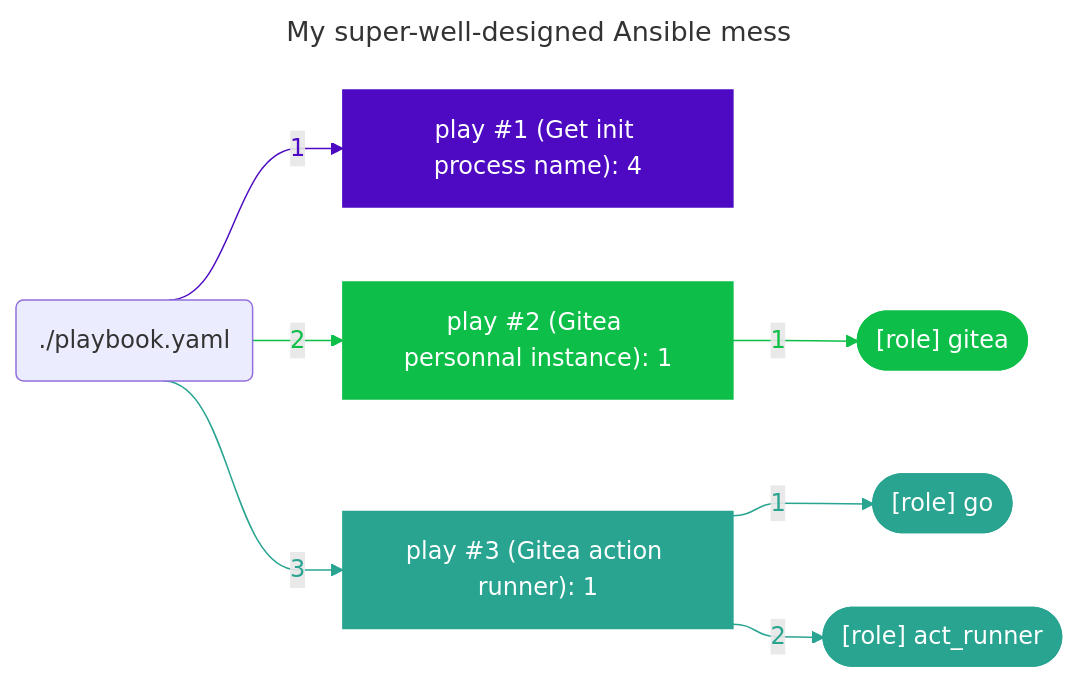
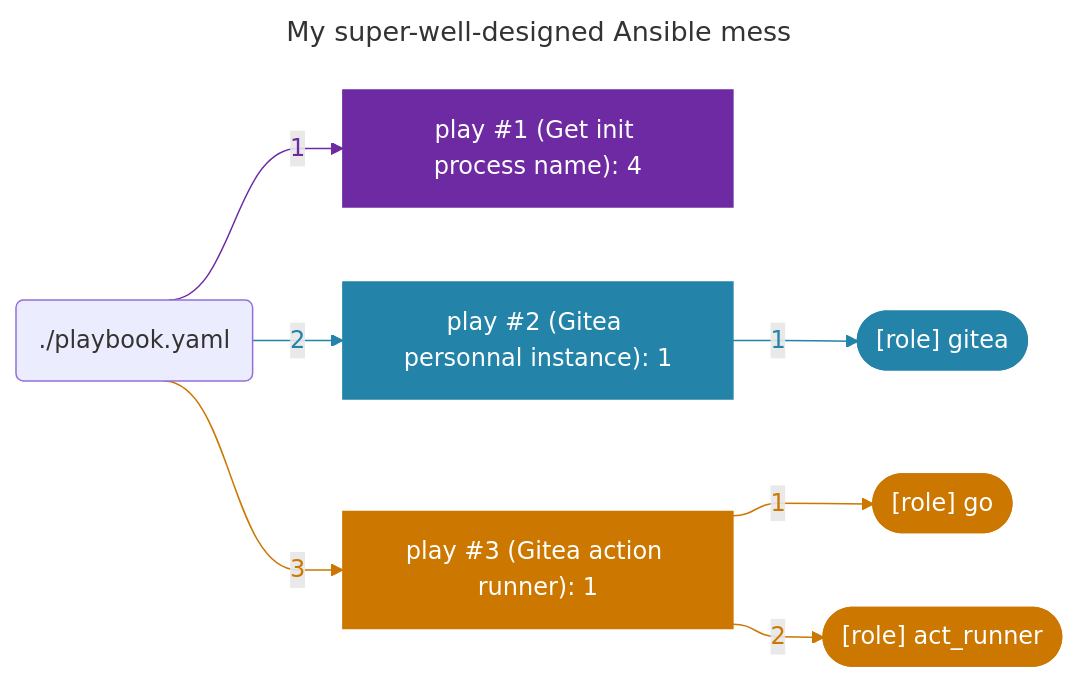
One commit to boyreau/boyreau changed the diagram in README.md. Above: the diagram before and after it, drawn with Mermaid.

Commit message:
profile graph automatic update

````diff
--- a/README.md
+++ b/README.md
@@ -48,47 +48,47 @@
 ```mermaid
 ---
 title: "My super-well-designed Ansible mess"
 ---
 %%{ init: { "flowchart": { "curve": "bumpX" } } }%%
 flowchart LR
 	%% Start of the playbook './playbook.yaml'
-	playbook_70147e72("./playbook.yaml")
+	playbook_9fd6921e("./playbook.yaml")
 		%% Start of the play 'play #1 (Get init process name): 4'
-		play_82de7cd2["play #1 (Get init process name): 4"]
-		style play_82de7cd2 stroke:#4d0ac2,fill:#4d0ac2,color:#ffffff
-		playbook_70147e72 --> |"1"| play_82de7cd2
-		linkStyle 0 stroke:#4d0ac2,color:#4d0ac2
+		play_43e08b53["play #1 (Get init process name): 4"]
+		style play_43e08b53 stroke:#6e2aa2,fill:#6e2aa2,color:#ffffff
+		playbook_9fd6921e --> |"1"| play_43e08b53
+		linkStyle 0 stroke:#6e2aa2,color:#6e2aa2
 		%% End of the play 'play #1 (Get init process name): 4'
 		%% Start of the play 'play #2 (Gitea personnal instance): 1'
-		play_9cdacf44["play #2 (Gitea personnal instance): 1"]
-		style play_9cdacf44 stroke:#0dbf48,fill:#0dbf48,color:#ffffff
-		playbook_70147e72 --> |"2"| play_9cdacf44
-		linkStyle 1 stroke:#0dbf48,color:#0dbf48
+		play_6d4593f7["play #2 (Gitea personnal instance): 1"]
+		style play_6d4593f7 stroke:#2483a8,fill:#2483a8,color:#ffffff
+		playbook_9fd6921e --> |"2"| play_6d4593f7
+		linkStyle 1 stroke:#2483a8,color:#2483a8
 			%% Start of the role '[role] gitea'
-			play_9cdacf44 --> |"1 "| role_4a367069
-			linkStyle 2 stroke:#0dbf48,color:#0dbf48
-			role_4a367069(["[role] gitea"])
-			style role_4a367069 fill:#0dbf48,color:#ffffff,stroke:#0dbf48
+			play_6d4593f7 --> |"1 "| role_552bcdb0
+			linkStyle 2 stroke:#2483a8,color:#2483a8
+			role_552bcdb0(["[role] gitea"])
+			style role_552bcdb0 fill:#2483a8,color:#ffffff,stroke:#2483a8
 			%% End of the role '[role] gitea'
 		%% End of the play 'play #2 (Gitea personnal instance): 1'
 		%% Start of the play 'play #3 (Gitea action runner): 1'
-		play_91baa20f["play #3 (Gitea action runner): 1"]
-		style play_91baa20f stroke:#28a491,fill:#28a491,color:#ffffff
-		playbook_70147e72 --> |"3"| play_91baa20f
-		linkStyle 3 stroke:#28a491,color:#28a491
+		play_a615e5ae["play #3 (Gitea action runner): 1"]
+		style play_a615e5ae stroke:#cc7700,fill:#cc7700,color:#ffffff
+		playbook_9fd6921e --> |"3"| play_a615e5ae
+		linkStyle 3 stroke:#cc7700,color:#cc7700
 			%% Start of the role '[role] go'
-			play_91baa20f --> |"1 "| role_bff3c292
-			linkStyle 4 stroke:#28a491,color:#28a491
-			role_bff3c292(["[role] go"])
-			style role_bff3c292 fill:#28a491,color:#ffffff,stroke:#28a491
+			play_a615e5ae --> |"1 "| role_466a7b4d
+			linkStyle 4 stroke:#cc7700,color:#cc7700
+			role_466a7b4d(["[role] go"])
+			style role_466a7b4d fill:#cc7700,color:#ffffff,stroke:#cc7700
 			%% End of the role '[role] go'
 			%% Start of the role '[role] act_runner'
-			play_91baa20f --> |"2 "| role_dc8db591
-			linkStyle 5 stroke:#28a491,color:#28a491
-			role_dc8db591(["[role] act_runner"])
-			style role_dc8db591 fill:#28a491,color:#ffffff,stroke:#28a491
+			play_a615e5ae --> |"2 "| role_8f6f9f57
+			linkStyle 5 stroke:#cc7700,color:#cc7700
+			role_8f6f9f57(["[role] act_runner"])
+			style role_8f6f9f57 fill:#cc7700,color:#ffffff,stroke:#cc7700
 			%% End of the role '[role] act_runner'
 		%% End of the play 'play #3 (Gitea action runner): 1'
 	%% End of the playbook './playbook.yaml'
 
 ```
````
